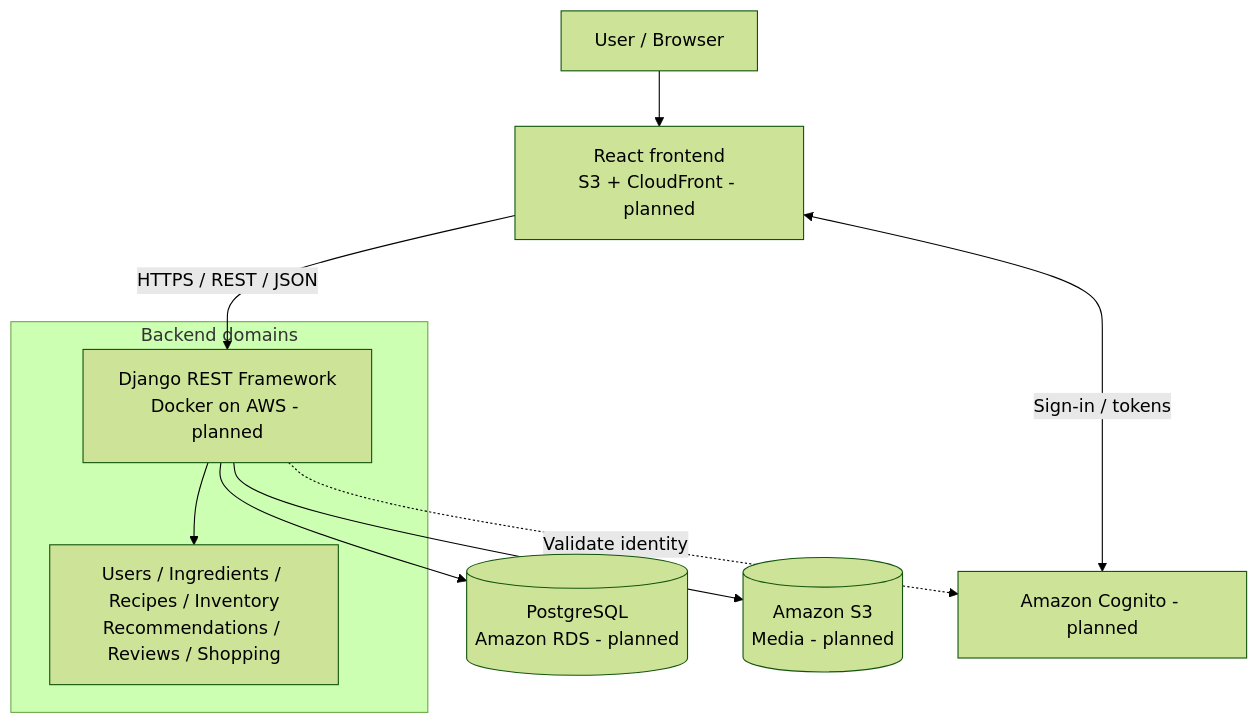
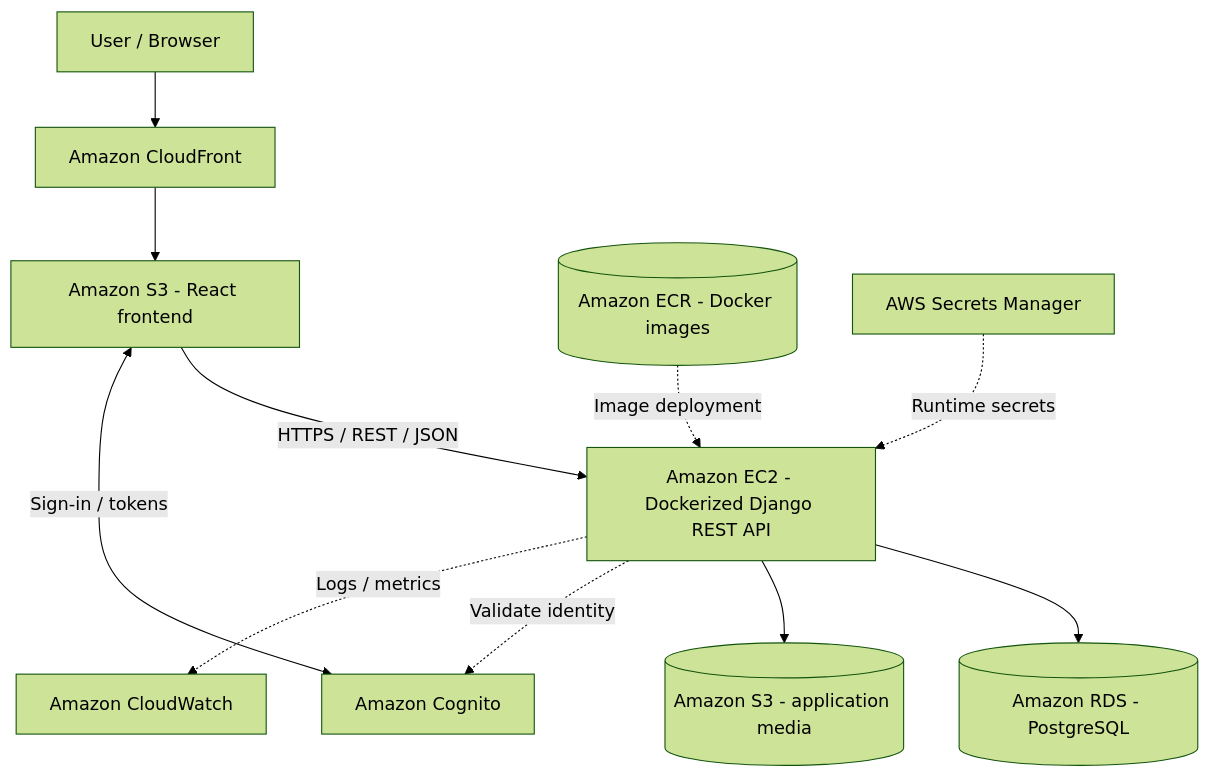
Before and after one commit to sophia-dao/cloud_computing_proj: the first of 4 diagrams in docs/midpoint/PROGRESS.md, drawn with Mermaid (forest theme). The commit also changed other lines of this file, not shown here.

````diff
--- a/docs/midpoint/PROGRESS.md
+++ b/docs/midpoint/PROGRESS.md
@@ -32,12 +46,13 @@
 ```mermaid
 flowchart TD
-    U[User / Browser] --> F[React frontend<br/>S3 + CloudFront - planned]
-    F -->|HTTPS / REST / JSON| API[Django REST Framework<br/>Docker on AWS - planned]
-    API --> DB[(PostgreSQL<br/>Amazon RDS - planned)]
-    API --> S3[(Amazon S3<br/>Media - planned)]
-    F <-->|Sign-in / tokens| C[Amazon Cognito - planned]
+    U[User / Browser] --> CF[Amazon CloudFront]
+    CF --> F[Amazon S3 - React frontend]
+    F -->|HTTPS / REST / JSON| API[Amazon EC2 - Dockerized Django REST API]
+    API --> DB[(Amazon RDS - PostgreSQL)]
+    API --> S3[(Amazon S3 - application media)]
+    F <-->|Sign-in / tokens| C[Amazon Cognito]
     API -.->|Validate identity| C
-    subgraph Backend domains
-      API --> D[Users / Ingredients / Recipes / Inventory<br/>Recommendations / Reviews / Shopping]
-    end
+    ECR[(Amazon ECR - Docker images)] -.->|Image deployment| API
+    SEC[AWS Secrets Manager] -.->|Runtime secrets| API
+    API -.->|Logs / metrics| CW[Amazon CloudWatch]
 ```
````
